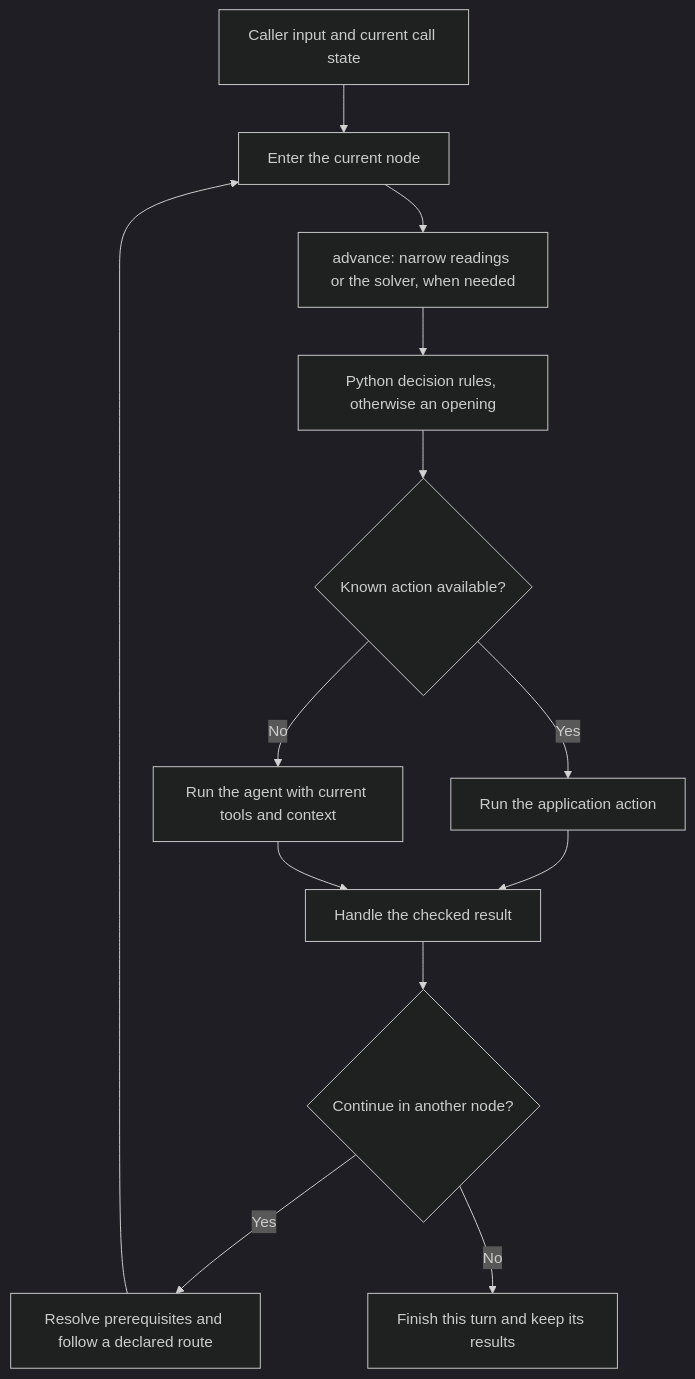
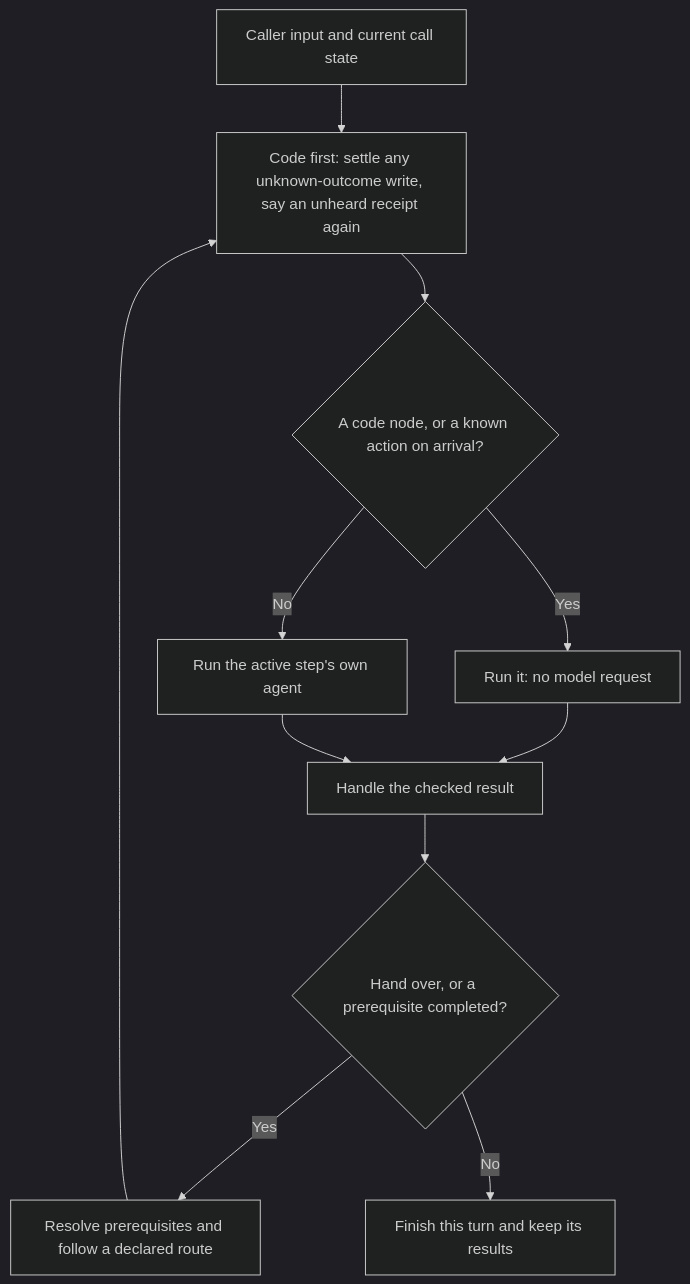
One commit to slng-ai/unmute-beat changed the fifth of 7 diagrams in README.md. Above: the diagram before and after it, drawn with Mermaid (dark theme). The commit also changed other lines of this file and 13 other files, not shown here.

First line of the commit message:
Gate 1 rerun failed (19/20: verify's model opened the detour badly); asks: code asks for the missing number; README and CLAUDE.md rewritten for node agents

````diff
--- a/README.md
+++ b/README.md
@@ -473,15 +429,13 @@
 ```mermaid
 flowchart TD
-    Input["Caller input and current call state"] --> Node["Enter the current node"]
-    Node --> Interpret["advance: narrow readings or the solver, when needed"]
-    Interpret --> Rules["Python decision rules, otherwise an opening"]
-    Rules --> Known{"Known action available?"}
-    Known -->|Yes| Direct["Run the application action"]
-    Known -->|No| Agent["Run the agent with current tools and context"]
+    Input["Caller input and current call state"] --> Code["Code first: settle any unknown-outcome write, say an unheard receipt again"]
+    Code --> Known{"A code node, or a known action on arrival?"}
+    Known -->|Yes| Direct["Run it: no model request"]
+    Known -->|No| Agent["Run the active step's own agent"]
     Direct --> Result["Handle the checked result"]
     Agent --> Result
-    Result --> Move{"Continue in another node?"}
+    Result --> Move{"Hand over, or a prerequisite completed?"}
     Move -->|Yes| Route["Resolve prerequisites and follow a declared route"]
-    Route --> Node
+    Route --> Code
     Move -->|No| Finish["Finish this turn and keep its results"]
 ```
````
